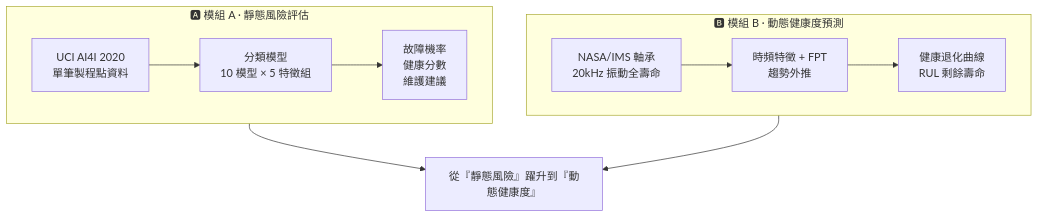
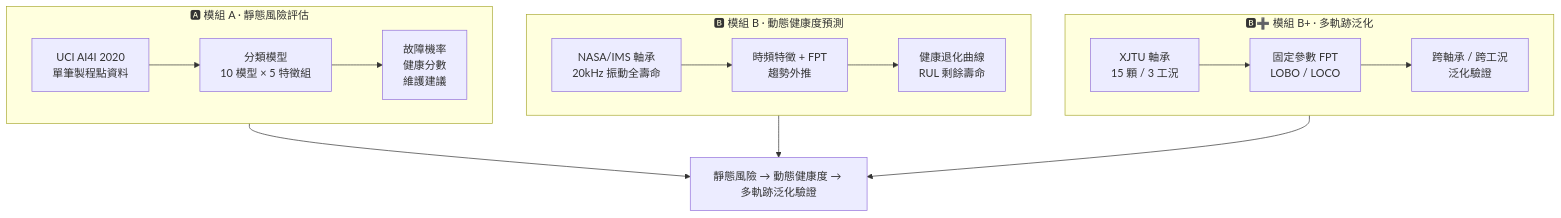
One commit to ChenYuHsu413/AIFinalProject changed the diagram in README.md. Above: the diagram before and after it, drawn with Mermaid. The commit also changed other lines of this file, not shown here.

````diff
--- a/README.md
+++ b/README.md
@@ -67,13 +68,18 @@
 ```mermaid
 flowchart TB
     subgraph MA["🅰 模組 A · 靜態風險評估"]
       direction LR
       A1["UCI AI4I 2020<br/>單筆製程點資料"] --> A2["分類模型<br/>10 模型 × 5 特徵組"] --> A3["故障機率<br/>健康分數<br/>維護建議"]
     end
     subgraph MB["🅱 模組 B · 動態健康度預測"]
       direction LR
       B1["NASA/IMS 軸承<br/>20kHz 振動全壽命"] --> B2["時頻特徵 + FPT<br/>趨勢外推"] --> B3["健康退化曲線<br/>RUL 剩餘壽命"]
     end
-    MA --> GOAL["從『靜態風險』躍升到『動態健康度』"]
+    subgraph MBP["🅱➕ 模組 B+ · 多軌跡泛化"]
+      direction LR
+      C1["XJTU 軸承<br/>15 顆 / 3 工況"] --> C2["固定參數 FPT<br/>LOBO / LOCO"] --> C3["跨軸承 / 跨工況<br/>泛化驗證"]
+    end
+    MA --> GOAL["靜態風險 → 動態健康度 → 多軌跡泛化驗證"]
     MB --> GOAL
+    MBP --> GOAL
 ```
````
